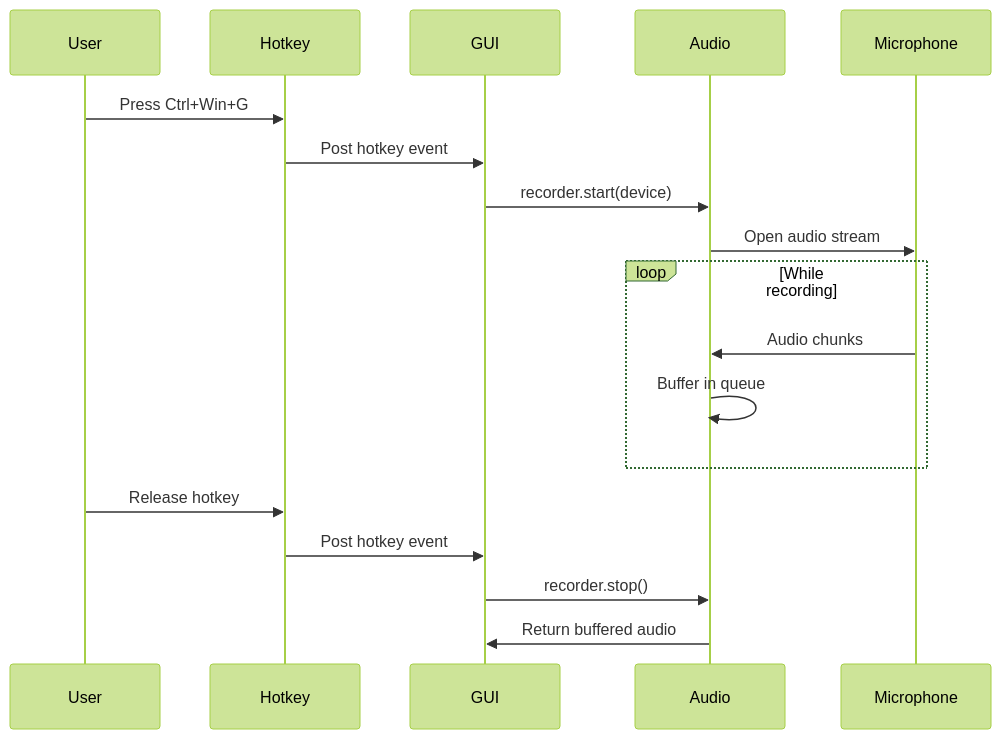
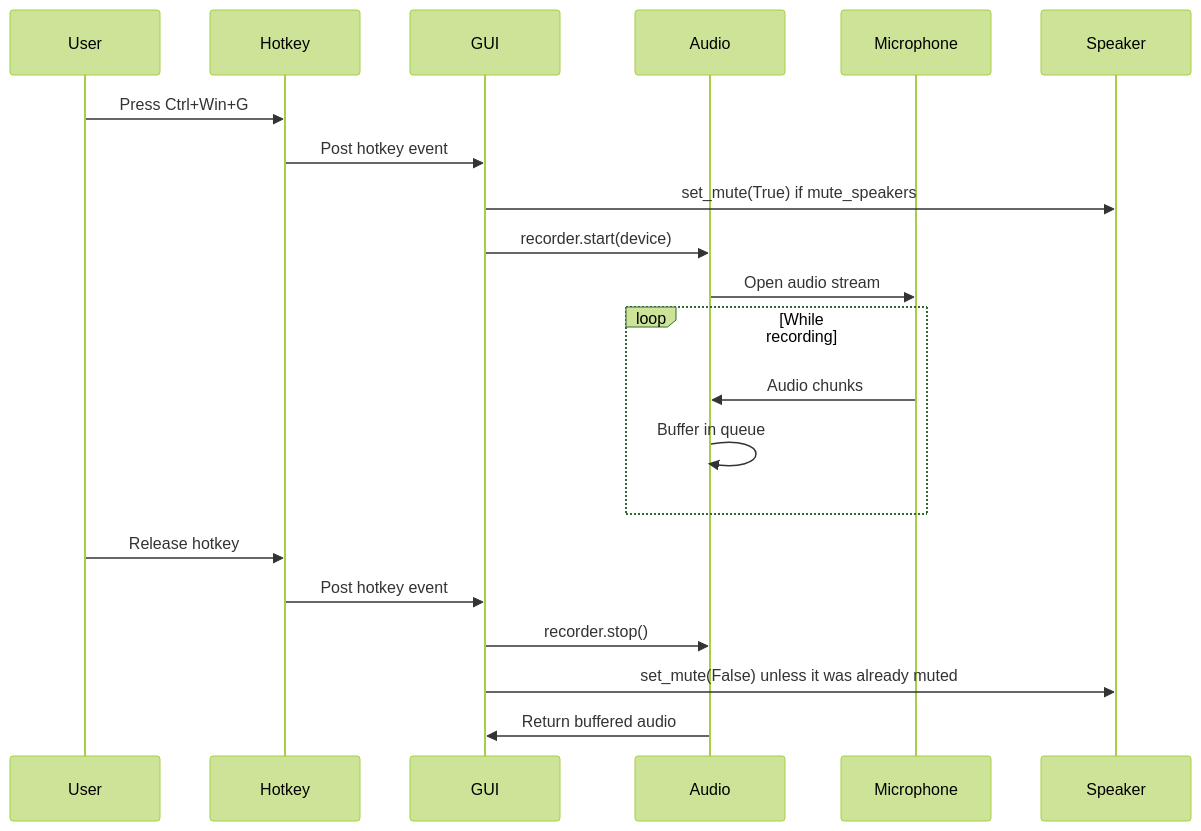
The second of 6 diagrams in docs/architecture.md (dancwilliams/whisper-dictate), drawn with Mermaid (forest theme) before and after one commit. The commit also changed other lines of this file and 1 other file, not shown here.

````diff
--- a/docs/architecture.md
+++ b/docs/architecture.md
@@ -84,21 +107,25 @@
 ```mermaid
 sequenceDiagram
     participant User
     participant Hotkey
     participant GUI
     participant Audio
     participant Mic as Microphone
 
+    participant Speaker
+
     User->>Hotkey: Press Ctrl+Win+G
     Hotkey->>GUI: Post hotkey event
+    GUI->>Speaker: set_mute(True) if mute_speakers
     GUI->>Audio: recorder.start(device)
     Audio->>Mic: Open audio stream
     loop While recording
         Mic->>Audio: Audio chunks
         Audio->>Audio: Buffer in queue
     end
     User->>Hotkey: Release hotkey
     Hotkey->>GUI: Post hotkey event
     GUI->>Audio: recorder.stop()
+    GUI->>Speaker: set_mute(False) unless it was already muted
     Audio->>GUI: Return buffered audio
 ```
````
